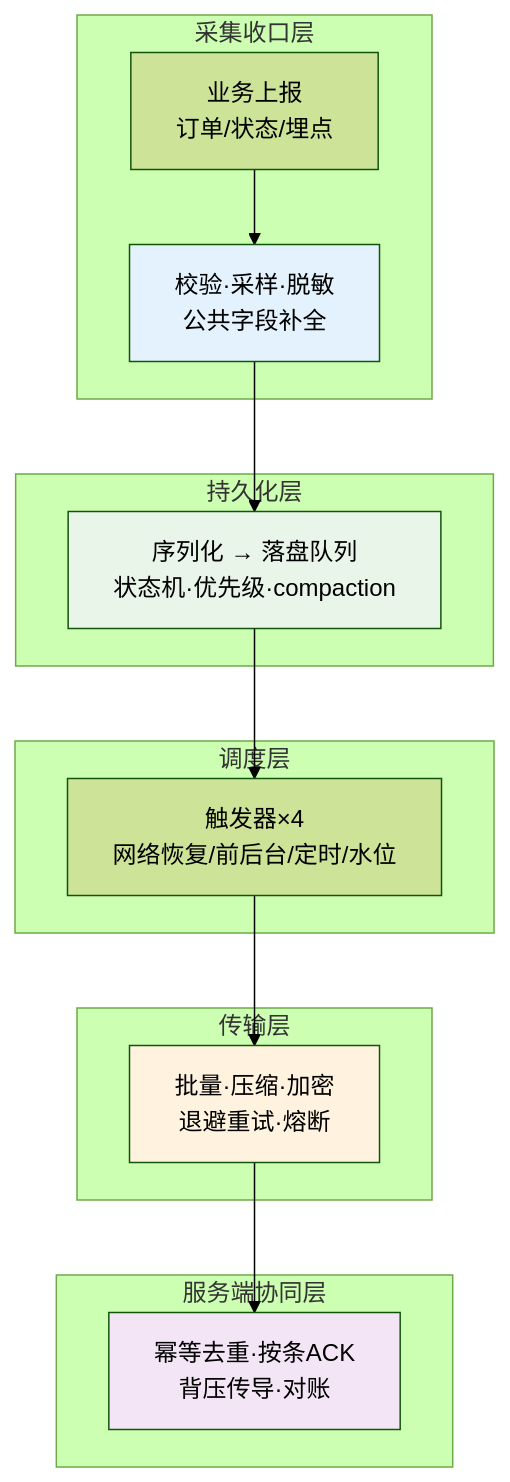
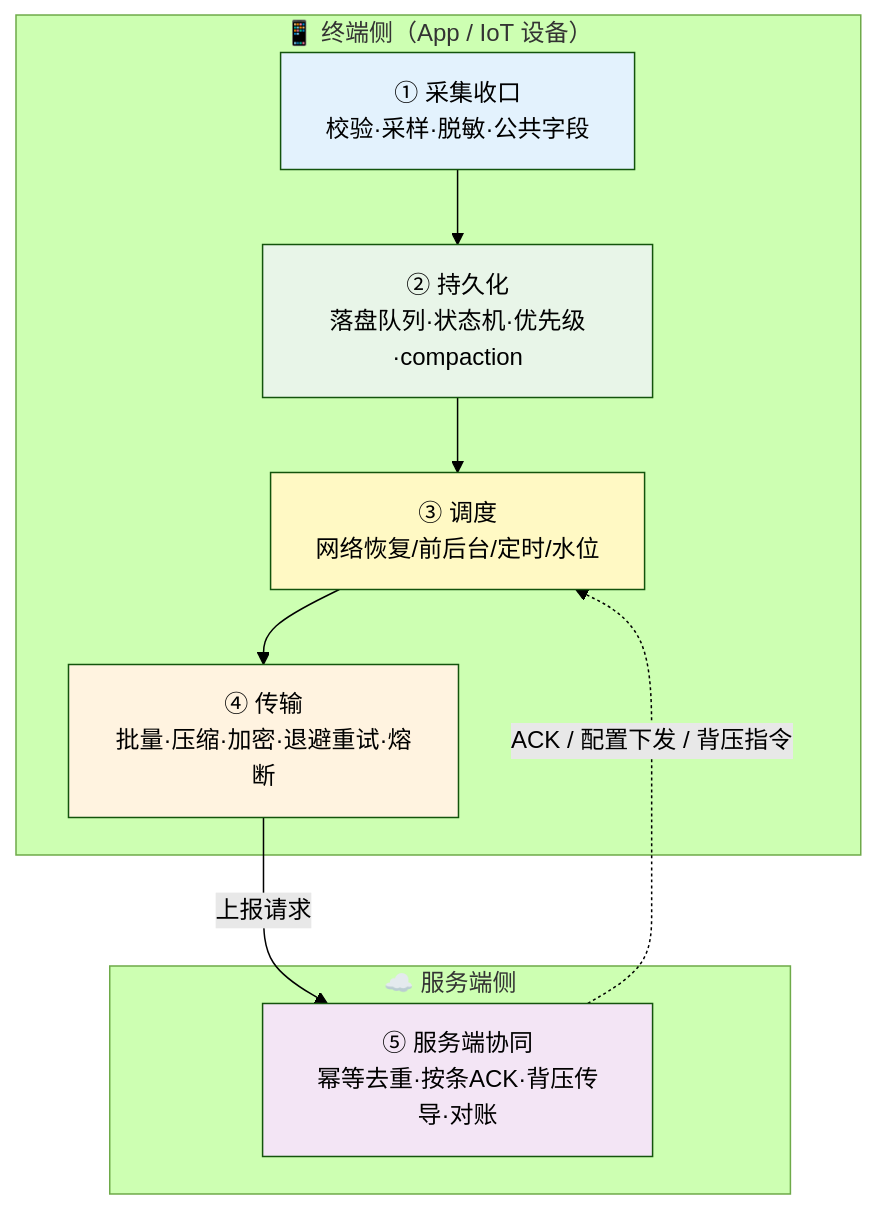
The first of 12 diagrams in packages/website/10.真经/05.方案设计思想/13.可靠请求机制设计.md (chongyang211/YCBookBlog), drawn with Mermaid (forest theme) before and after one commit. The commit also changed other lines of this file, not shown here.

Commit message:
docs(真经): 优化可靠请求机制五层架构说明

````diff
--- a/packages/website/10.真经/05.方案设计思想/13.可靠请求机制设计.md
+++ b/packages/website/10.真经/05.方案设计思想/13.可靠请求机制设计.md
@@ -142,25 +142,22 @@
 ```mermaid
 graph TB
-    subgraph 采集收口层
-        A1[业务上报<br/>订单/状态/埋点] --> A2[校验·采样·脱敏<br/>公共字段补全]
+    subgraph T["📱 终端侧（App / IoT 设备）"]
+        A2["① 采集收口<br/>校验·采样·脱敏·公共字段"]
+        B1["② 持久化<br/>落盘队列·状态机·优先级·compaction"]
+        C1["③ 调度<br/>网络恢复/前后台/定时/水位"]
+        D1["④ 传输<br/>批量·压缩·加密·退避重试·熔断"]
     end
-    subgraph 持久化层
-        B1[序列化 → 落盘队列<br/>状态机·优先级·compaction]
-    end
-    subgraph 调度层
-        C1[触发器×4<br/>网络恢复/前后台/定时/水位]
-    end
-    subgraph 传输层
-        D1[批量·压缩·加密<br/>退避重试·熔断]
-    end
-    subgraph 服务端协同层
-        E1[幂等去重·按条ACK<br/>背压传导·对账]
+    subgraph S["☁️ 服务端侧"]
+        E1["⑤ 服务端协同<br/>幂等去重·按条ACK·背压传导·对账"]
     end
 
-    A2 --> B1 --> C1 --> D1 --> E1
+    A2 --> B1 --> C1 --> D1
+    D1 -->|"上报请求"| E1
+    E1 -.->|"ACK / 配置下发 / 背压指令"| C1
 
     style A2 fill:#e3f2fd
     style B1 fill:#e8f5e8
+    style C1 fill:#fff9c4
     style D1 fill:#fff3e0
     style E1 fill:#f3e5f5
 ```
````
